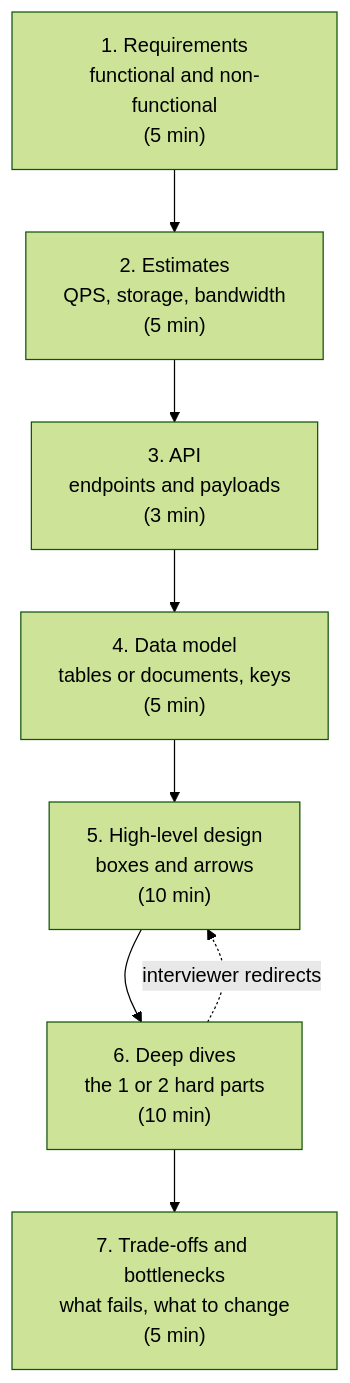
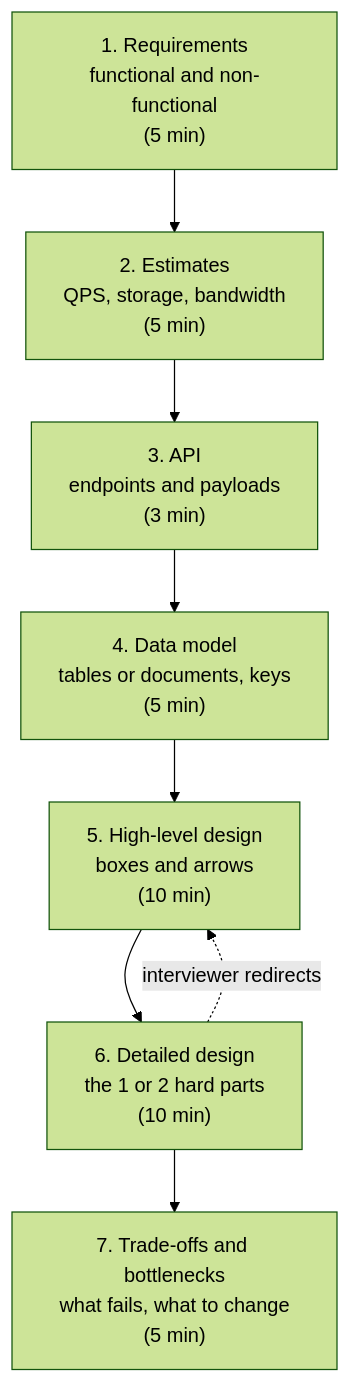
The diagram in docs/14-software-and-system-design/02-system-design/09-system-design-interviews.md (faiyaz-svg/CSFromTheGroundUp), drawn with Mermaid (forest theme) before and after one commit. The commit also changed other lines of this file and 7 other files, not shown here.

````diff
--- a/docs/14-software-and-system-design/02-system-design/09-system-design-interviews.md
+++ b/docs/14-software-and-system-design/02-system-design/09-system-design-interviews.md
@@ -13,10 +13,10 @@
 ```mermaid
 flowchart TD
     A["1. Requirements<br/>functional and non-functional<br/>(5 min)"] --> B["2. Estimates<br/>QPS, storage, bandwidth<br/>(5 min)"]
     B --> C["3. API<br/>endpoints and payloads<br/>(3 min)"]
     C --> D["4. Data model<br/>tables or documents, keys<br/>(5 min)"]
     D --> E["5. High-level design<br/>boxes and arrows<br/>(10 min)"]
-    E --> F["6. Deep dives<br/>the 1 or 2 hard parts<br/>(10 min)"]
+    E --> F["6. Detailed design<br/>the 1 or 2 hard parts<br/>(10 min)"]
     F --> G["7. Trade-offs and bottlenecks<br/>what fails, what to change<br/>(5 min)"]
     F -.->|"interviewer redirects"| E
 ```
````
